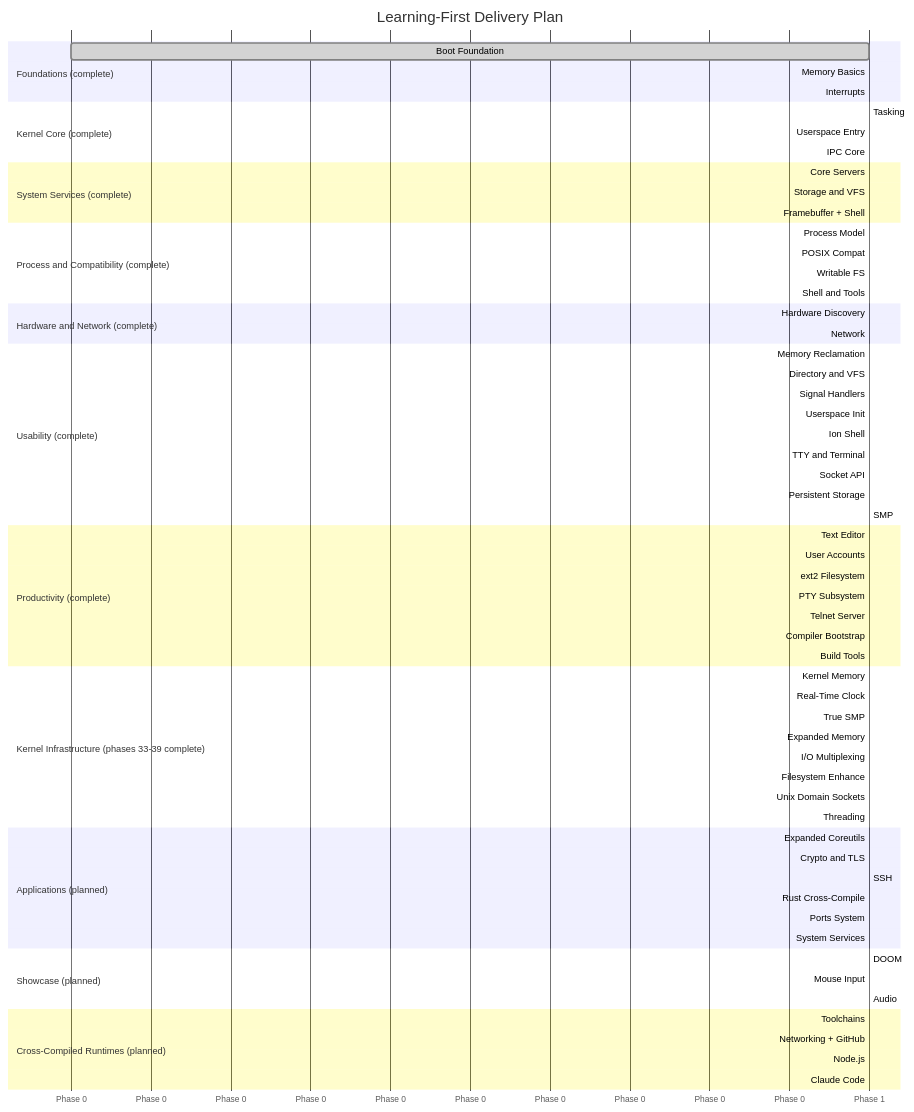
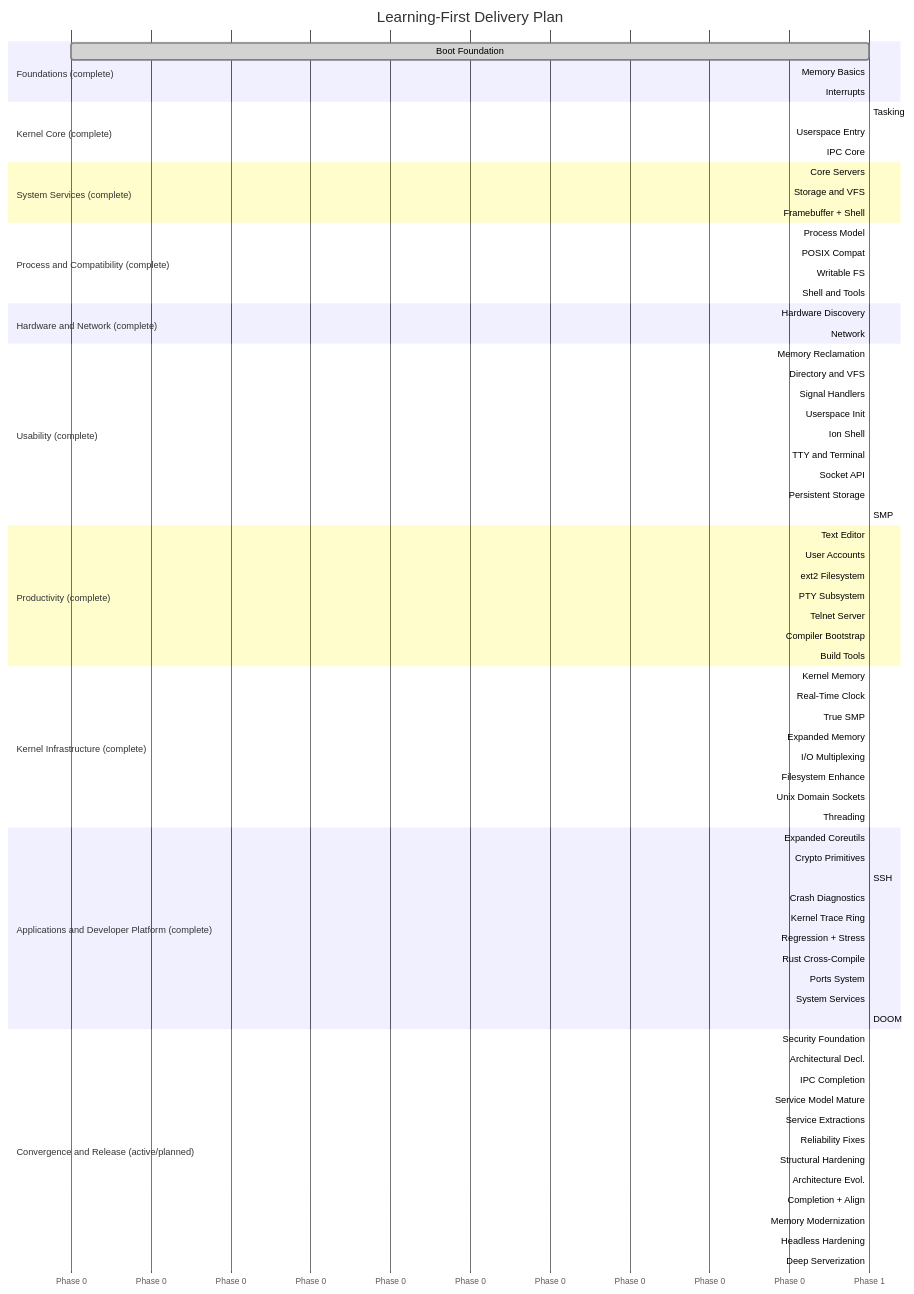
One commit to mikecubed/m3OS changed the second of 2 diagrams in docs/roadmap/README.md. Above: the diagram before and after it, drawn with Mermaid. The commit also changed other lines of this file and 9 other files, not shown here.

````diff
--- a/docs/roadmap/README.md
+++ b/docs/roadmap/README.md
@@ -348,7 +353,7 @@
     Compiler Bootstrap   :done, p31, after p26, 1
     Build Tools          :done, p32, after p31, 1
 
-    section Kernel Infrastructure (phases 33-39 complete)
+    section Kernel Infrastructure (complete)
     Kernel Memory        :done, p33, after p25, 1
     Real-Time Clock      :done, p34, after p15, 1
     True SMP             :done, p35, after p33, 1
@@ -356,24 +361,31 @@
     I/O Multiplexing     :done, p37, after p35, 1
     Filesystem Enhance   :done, p38, after p28, 1
     Unix Domain Sockets  :done, p39, after p38, 1
-    Threading            :p40, after p35, 1
+    Threading            :done, p40, after p35, 1
 
-    section Applications (planned)
-    Expanded Coreutils   :p41, after p38, 1
-    Crypto and TLS       :p42, after p31, 1
-    SSH                  :p43, after p42, 1
-    Rust Cross-Compile   :p44, after p24, 1
-    Ports System         :p45, after p41, 1
-    System Services      :p46, after p39, 1
+    section Applications and Developer Platform (complete)
+    Expanded Coreutils   :done, p41, after p38, 1
+    Crypto Primitives    :done, p42, after p31, 1
+    SSH                  :done, p43, after p42, 1
+    Crash Diagnostics    :done, p43a, after p43, 1
+    Kernel Trace Ring    :done, p43b, after p43a, 1
+    Regression + Stress  :done, p43c, after p43b, 1
+    Rust Cross-Compile   :done, p44, after p24, 1
+    Ports System         :done, p45, after p41, 1
+    System Services      :done, p46, after p39, 1
+    DOOM                 :done, p47, after p24, 1
 
-    section Showcase (planned)
-    DOOM                 :p47, after p24, 1
-    Mouse Input          :p48, after p47, 1
-    Audio                :p49, after p47, 1
-
-    section Cross-Compiled Runtimes (planned)
-    Toolchains           :p50, after p36, 1
-    Networking + GitHub  :p51, after p50, 1
-    Node.js              :p52, after p51, 1
-    Claude Code          :p53, after p52, 1
+    section Convergence and Release (active/planned)
+    Security Foundation  :done, p48, after p47, 1
+    Architectural Decl.  :done, p49, after p48, 1
+    IPC Completion       :done, p50, after p49, 1
+    Service Model Mature :active, p51, after p50, 1
+    Service Extractions  :active, p52, after p51, 1
+    Reliability Fixes    :done, p52a, after p52, 1
+    Structural Hardening :done, p52b, after p52a, 1
+    Architecture Evol.   :done, p52c, after p52b, 1
+    Completion + Align   :done, p52d, after p52c, 1
+    Memory Modernization :p53a, after p52d, 1
+    Headless Hardening   :p53, after p53a, 1
+    Deep Serverization   :p54, after p53, 1
 ```
````
